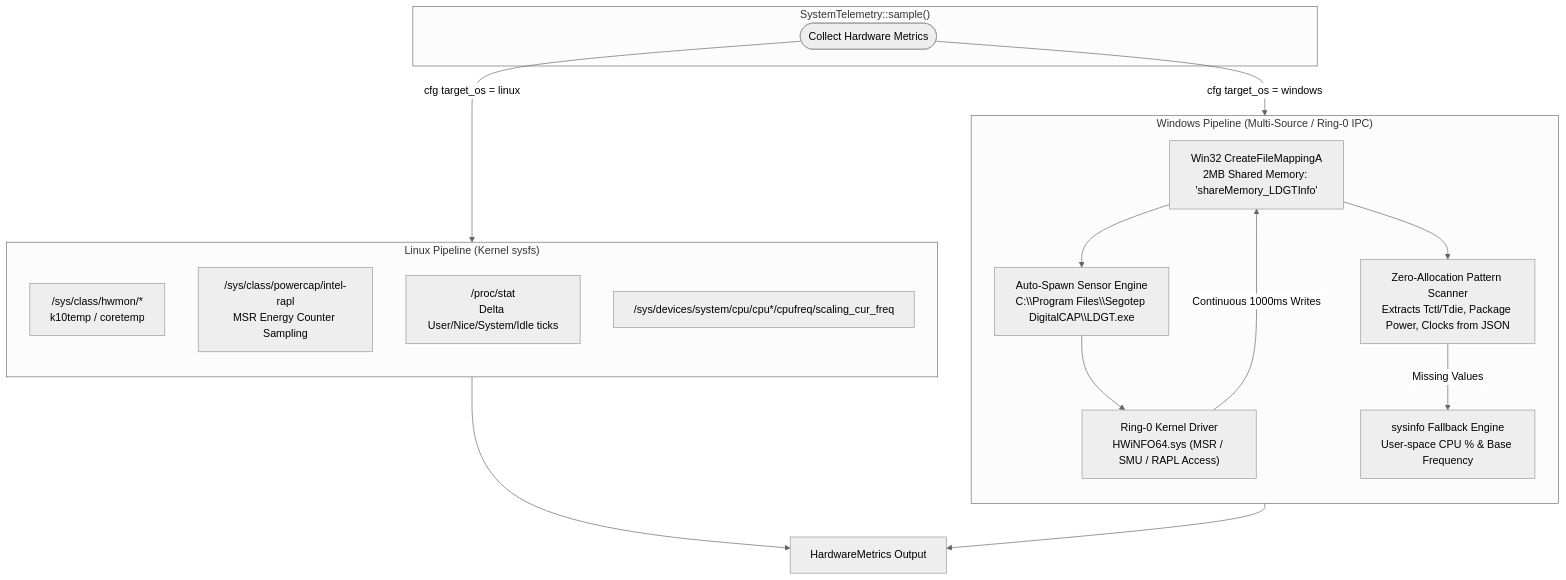
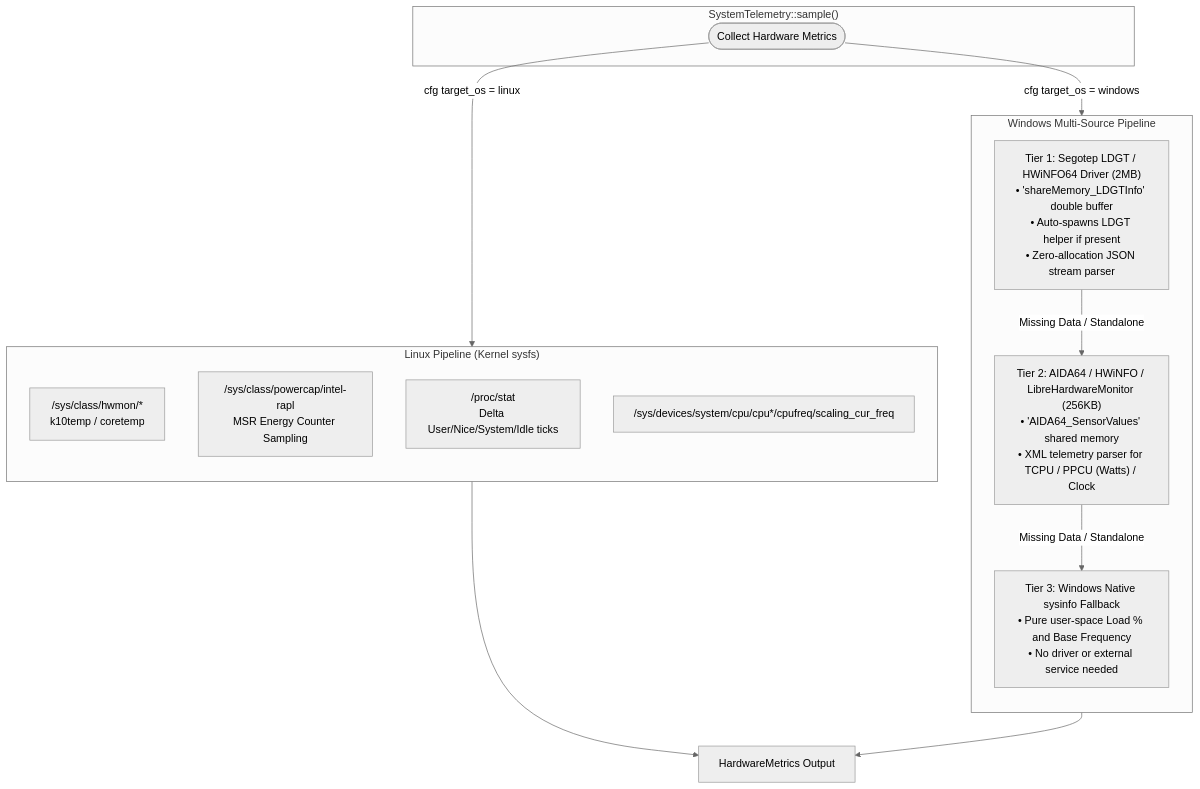
Before and after one commit to Delnegend/segotep-digital: the fourth of 6 diagrams in ARCHITECTURE.md, drawn with Mermaid (neutral theme). The commit also changed other lines of this file, not shown here.

Commit message:
docs: update ARCHITECTURE.md with multi-source fallback pipeline diagrams

````diff
--- a/ARCHITECTURE.md
+++ b/ARCHITECTURE.md
@@ -108,35 +108,30 @@
 ```mermaid
 flowchart TD
     subgraph TelemetryCollector["SystemTelemetry::sample()"]
         SAMPLE_START(["Collect Hardware Metrics"])
     end
 
     subgraph LinuxPipeline["Linux Pipeline (Kernel sysfs)"]
         direction TB
         L_TEMP["/sys/class/hwmon/*<br/>k10temp / coretemp"]
         L_PWR["/sys/class/powercap/intel-rapl<br/>MSR Energy Counter Sampling"]
         L_LOAD["/proc/stat<br/>Delta User/Nice/System/Idle ticks"]
         L_FREQ["/sys/devices/system/cpu/cpu*/cpufreq/scaling_cur_freq"]
     end
 
-    subgraph WindowsPipeline["Windows Pipeline (Multi-Source / Ring-0 IPC)"]
+    subgraph WindowsPipeline["Windows Multi-Source Pipeline"]
         direction TB
-        W_MAP["Win32 CreateFileMappingA<br/>2MB Shared Memory: 'shareMemory_LDGTInfo'"]
-        W_SPAWN["Auto-Spawn Sensor Engine<br/>C:\\Program Files\\Segotep DigitalCAP\\LDGT.exe"]
-        W_DRIVER["Ring-0 Kernel Driver<br/>HWiNFO64.sys (MSR / SMU / RAPL Access)"]
-        W_PARSE["Zero-Allocation Pattern Scanner<br/>Extracts Tctl/Tdie, Package Power, Clocks from JSON"]
-        W_SYSINFO["sysinfo Fallback Engine<br/>User-space CPU % & Base Frequency"]
+        W_T1["Tier 1: Segotep LDGT / HWiNFO64 Driver (2MB)<br/>• 'shareMemory_LDGTInfo' double buffer<br/>• Auto-spawns LDGT helper if present<br/>• Zero-allocation JSON stream parser"]
+        W_T2["Tier 2: AIDA64 / HWiNFO / LibreHardwareMonitor (256KB)<br/>• 'AIDA64_SensorValues' shared memory<br/>• XML telemetry parser for TCPU / PPCU (Watts) / Clock"]
+        W_T3["Tier 3: Windows Native sysinfo Fallback<br/>• Pure user-space Load % and Base Frequency<br/>• No driver or external service needed"]
     end
 
     SAMPLE_START -->|cfg target_os = linux| LinuxPipeline
     SAMPLE_START -->|cfg target_os = windows| WindowsPipeline
 
-    W_MAP --> W_SPAWN
-    W_SPAWN --> W_DRIVER
-    W_DRIVER -->|Continuous 1000ms Writes| W_MAP
-    W_MAP --> W_PARSE
-    W_PARSE -->|Missing Values| W_SYSINFO
+    W_T1 -->|Missing Data / Standalone| W_T2
+    W_T2 -->|Missing Data / Standalone| W_T3
 
     LinuxPipeline --> MERGE["HardwareMetrics Output"]
     WindowsPipeline --> MERGE
 ```
````
